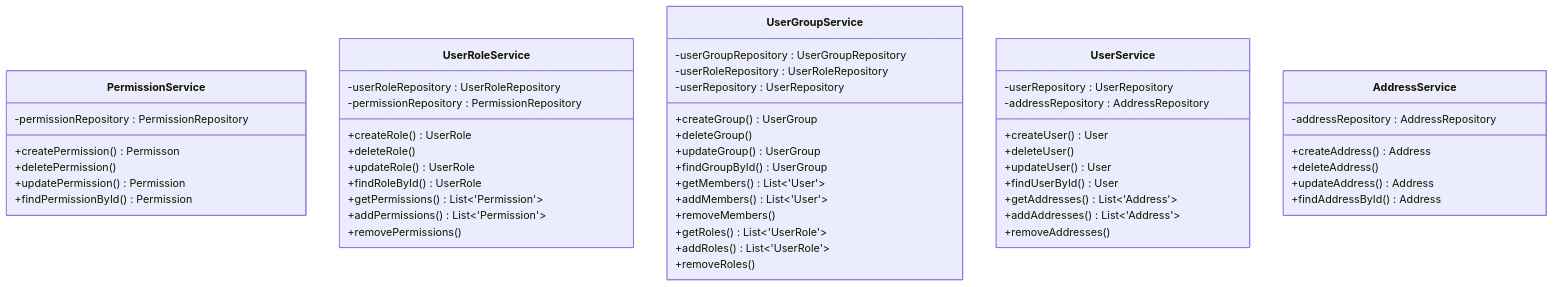
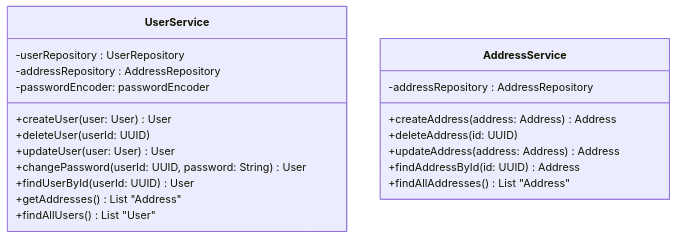
The fifth of 6 diagrams in documentation/user_management_service/user_management_service.md (fruzsina-banyai/webshop), drawn with Mermaid before and after one commit. The commit also changed other lines of this file, not shown here.

Commit message:
Update user_management_service.md to be accurate to the base of the application

````diff
--- a/documentation/user_management_service/user_management_service.md
+++ b/documentation/user_management_service/user_management_service.md
@@ -81,54 +57,23 @@
 ```mermaid
 classDiagram
-    class PermissionService {        
-        -permissionRepository : PermissionRepository
-        +createPermission() Permisson
-        +deletePermission() 
-        +updatePermission() Permission
-        +findPermissionById() Permission
-    }
-    class UserRoleService {     
-        -userRoleRepository : UserRoleRepository  
-        -permissionRepository : PermissionRepository
-        +createRole() UserRole
-        +deleteRole() 
-        +updateRole() UserRole
-        +findRoleById() UserRole
-        +getPermissions() List<'Permission'>
-        +addPermissions() List<'Permission'>
-        +removePermissions()
-    }
-    class UserGroupService {      
-        -userGroupRepository : UserGroupRepository  
-        -userRoleRepository : UserRoleRepository
-        -userRepository : UserRepository
-        +createGroup() UserGroup
-        +deleteGroup()
-        +updateGroup() UserGroup
-        +findGroupById() UserGroup
-        +getMembers() List<'User'>
-        +addMembers() List<'User'>
-        +removeMembers()
-        +getRoles() List<'UserRole'>
-        +addRoles() List<'UserRole'>
-        +removeRoles()
-    }
     class UserService {      
         -userRepository : UserRepository
         -addressRepository : AddressRepository
-        +createUser() User
-        +deleteUser()
-        +updateUser() User
-        +findUserById() User
-        +getAddresses() List<'Address'>
-        +addAddresses() List<'Address'>
-        +removeAddresses()
+        -passwordEncoder: passwordEncoder
+        +createUser(user: User) User
+        +deleteUser(userId: UUID)
+        +updateUser(user: User) User
+        +changePassword(userId: UUID, password: String) User
+        +findUserById(userId: UUID) User
+        +getAddresses() List "Address"
+        +findAllUsers() List "User"
     }
     class AddressService { 
         -addressRepository : AddressRepository
-        +createAddress() Address
-        +deleteAddress()
-        +updateAddress() Address
-        +findAddressById() Address
+        +createAddress(address: Address) Address
+        +deleteAddress(id: UUID)
+        +updateAddress(address: Address) Address
+        +findAddressById(id: UUID) Address
+        +findAllAddresses() List "Address"
     }
 ```
````
